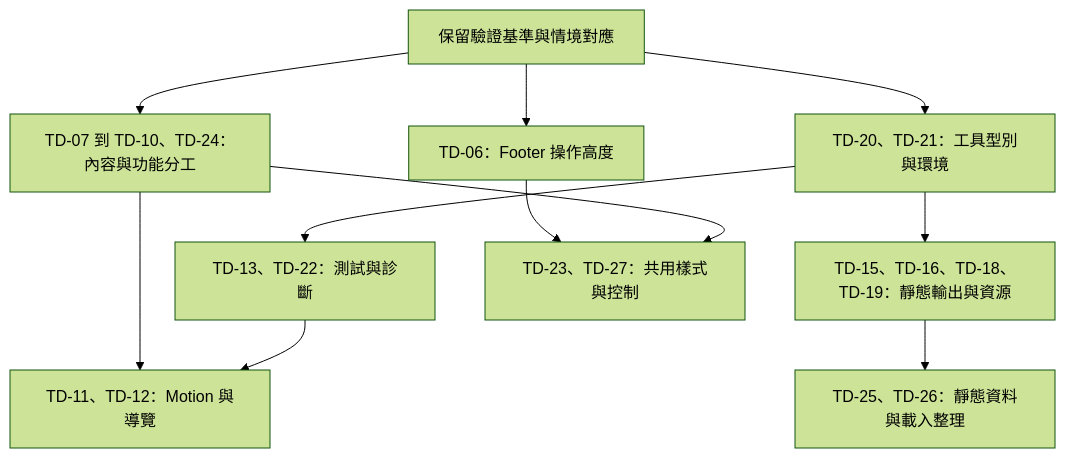
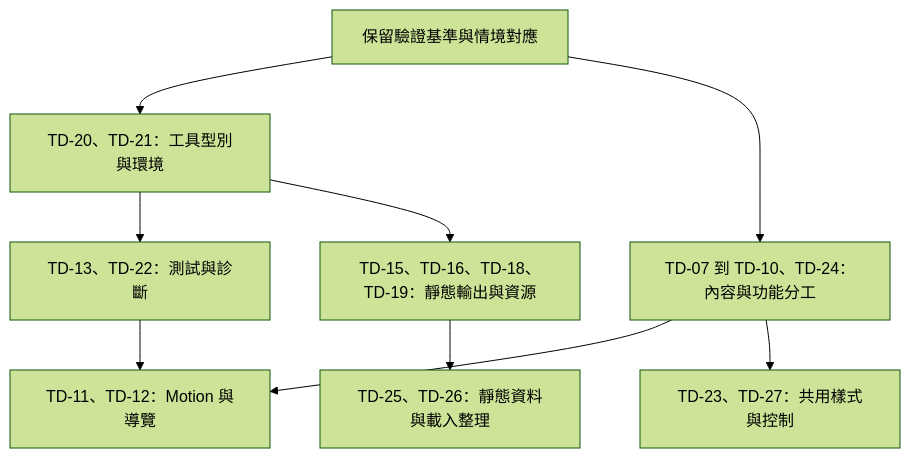
One commit to bingyangchen/bingyangchen.github.io changed the third of 3 diagrams in docs/plans/0001-codebase-technical-debt.md. Above: the diagram before and after it, drawn with Mermaid (forest theme). The commit also changed other lines of this file and 16 other files, not shown here.

First line of the commit message:
Refactor Footer component and styles; add tests for accessibility and functionality

````diff
--- a/docs/plans/0001-codebase-technical-debt.md
+++ b/docs/plans/0001-codebase-technical-debt.md
@@ -332,13 +314,12 @@
 ```mermaid
 flowchart TD
-  baseline[保留驗證基準與情境對應] --> fixes[TD-06：Footer 操作高度]
+  baseline[保留驗證基準與情境對應]
   baseline --> tooling[TD-20、TD-21：工具型別與環境]
   baseline --> content[TD-07 到 TD-10、TD-24：內容與功能分工]
   tooling --> tests[TD-13、TD-22：測試與診斷]
   tooling --> build[TD-15、TD-16、TD-18、TD-19：靜態輸出與資源]
   content --> logic[TD-11、TD-12：Motion 與導覽]
   tests --> logic
-  fixes --> styles[TD-23、TD-27：共用樣式與控制]
-  content --> styles
+  content --> styles[TD-23、TD-27：共用樣式與控制]
   build --> optional[TD-25、TD-26：靜態資料與載入整理]
 ```
````
